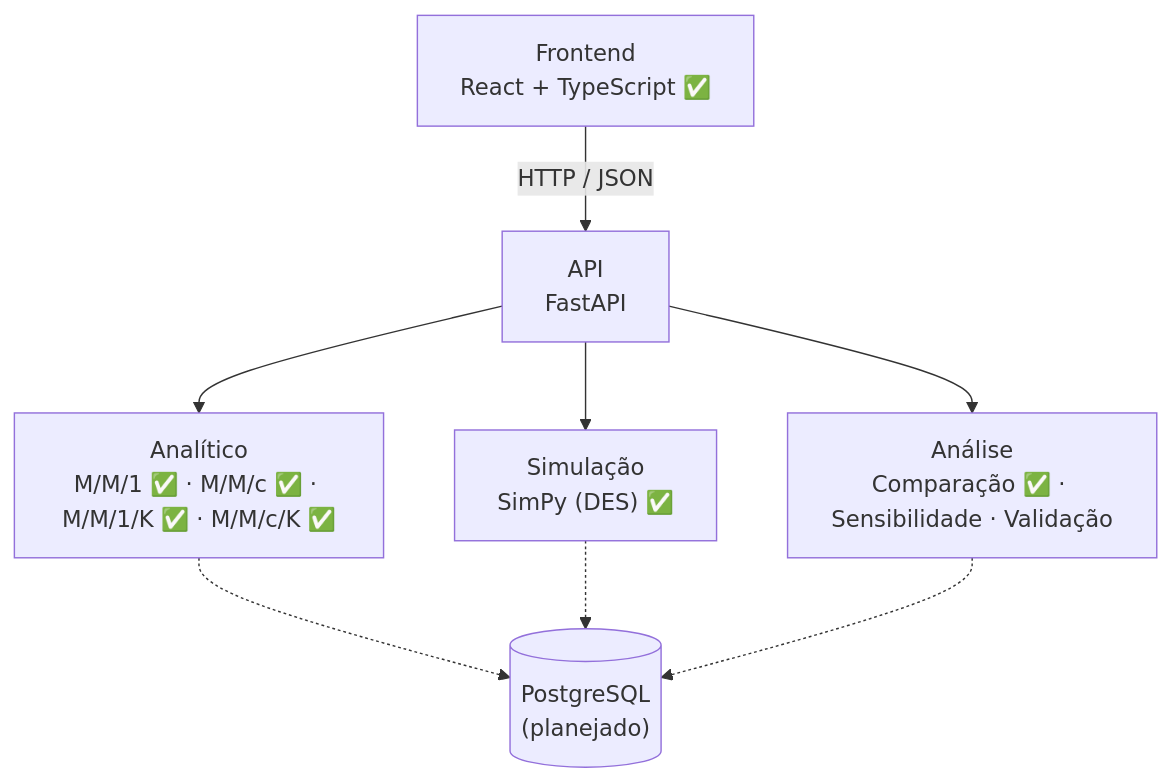
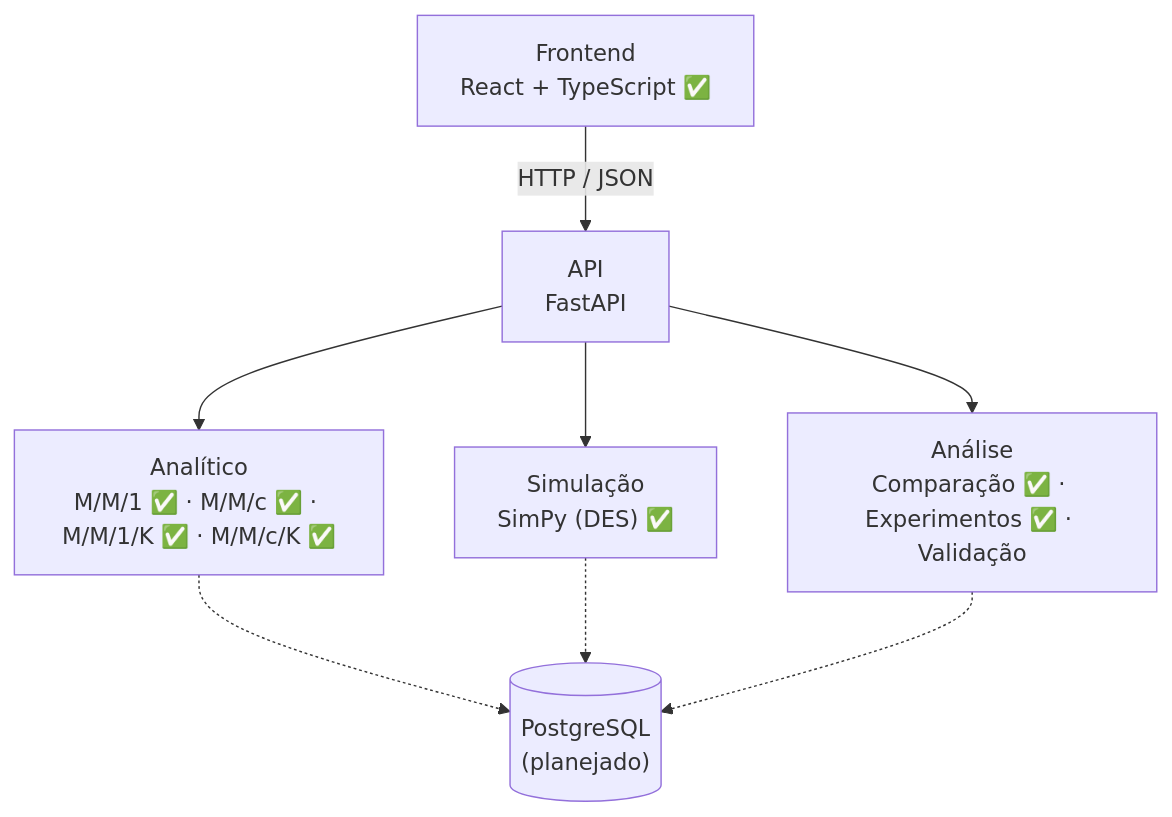
The diagram in README.md (lucifer-son/QSimulador), drawn with Mermaid before and after one commit. The commit also changed other lines of this file and 4 other files, not shown here.

````diff
--- a/README.md
+++ b/README.md
@@ -260,17 +261,17 @@
 ```mermaid
 flowchart TD
     FE["Frontend<br/>React + TypeScript ✅"]
     API["API<br/>FastAPI"]
     AN["Analítico<br/>M/M/1 ✅ · M/M/c ✅ · M/M/1/K ✅ · M/M/c/K ✅"]
     SIM["Simulação<br/>SimPy (DES) ✅"]
-    ANL["Análise<br/>Comparação ✅ · Sensibilidade · Validação"]
+    ANL["Análise<br/>Comparação ✅ · Experimentos ✅ · Validação"]
     DB[("PostgreSQL<br/>(planejado)")]
 
     FE -->|HTTP / JSON| API
     API --> AN
     API --> SIM
     API --> ANL
     AN -.-> DB
     SIM -.-> DB
     ANL -.-> DB
 ```
````
